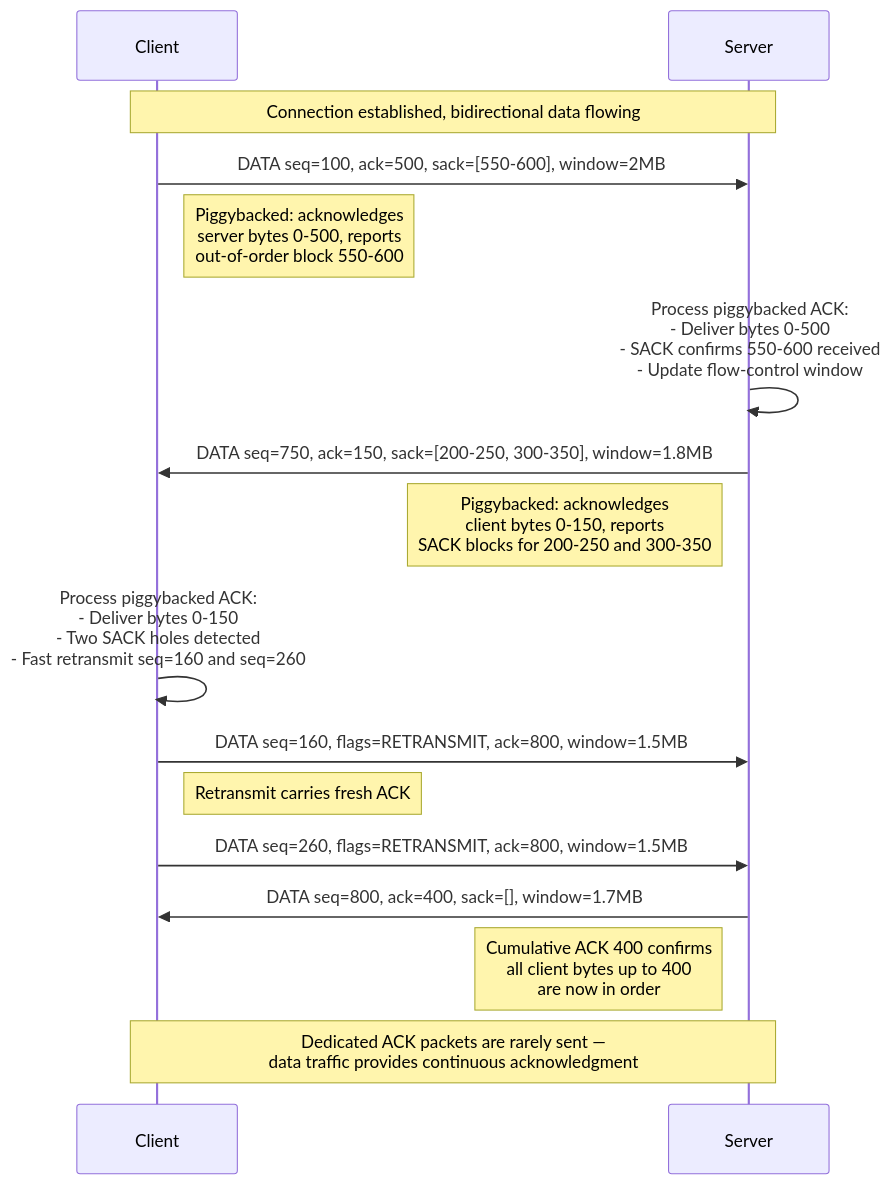
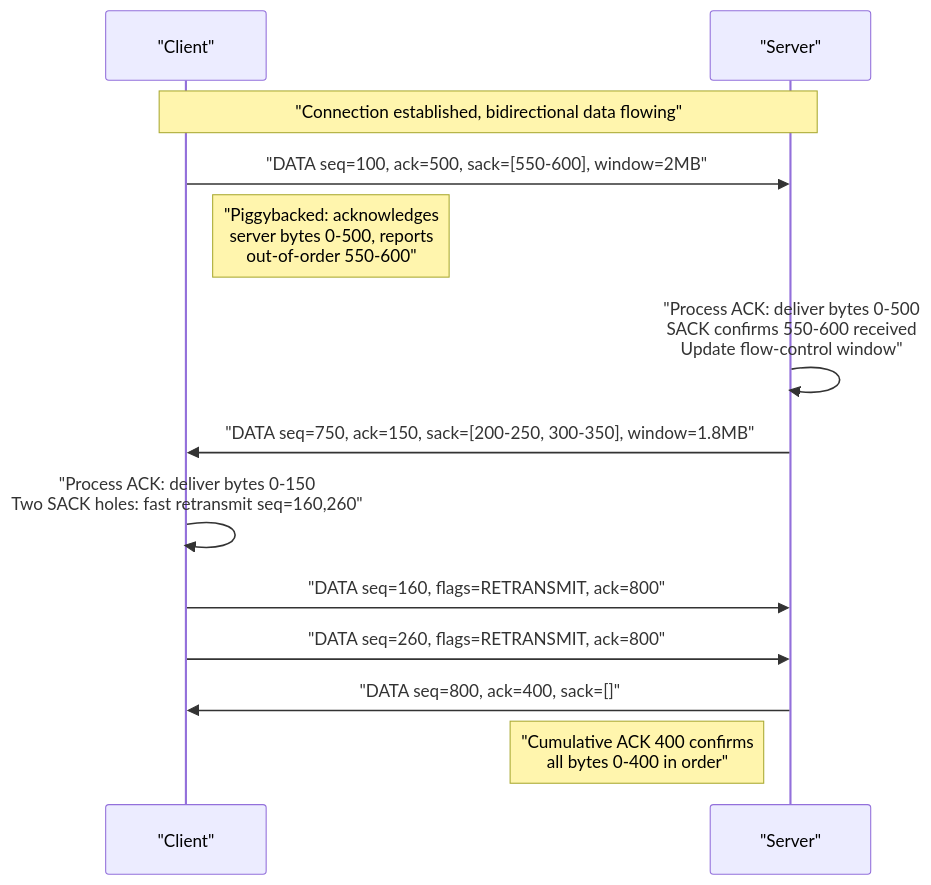
Before and after one commit to liulilittle/ucp: the fifth of 10 diagrams in README.md, drawn with Mermaid. The commit also changed other lines of this file and 43 other files, not shown here.

````diff
--- a/README.md
+++ b/README.md
@@ -373,27 +260,22 @@
 ```mermaid
 sequenceDiagram
-    participant C as Client
-    participant S as Server
-
-    Note over C,S: Connection established, bidirectional data flowing
-
-    C->>S: DATA seq=100, ack=500, sack=[550-600], window=2MB
-    Note right of C: Piggybacked: acknowledges<br/>server bytes 0-500, reports<br/>out-of-order block 550-600
-
-    S->>S: Process piggybacked ACK:<br/>- Deliver bytes 0-500<br/>- SACK confirms 550-600 received<br/>- Update flow-control window
-
-    S->>C: DATA seq=750, ack=150, sack=[200-250, 300-350], window=1.8MB
-    Note left of S: Piggybacked: acknowledges<br/>client bytes 0-150, reports<br/>SACK blocks for 200-250 and 300-350
-
-    C->>C: Process piggybacked ACK:<br/>- Deliver bytes 0-150<br/>- Two SACK holes detected<br/>- Fast retransmit seq=160 and seq=260
-
-    C->>S: DATA seq=160, flags=RETRANSMIT, ack=800, window=1.5MB
-    Note right of C: Retransmit carries fresh ACK
-
-    C->>S: DATA seq=260, flags=RETRANSMIT, ack=800, window=1.5MB
-
-    S->>C: DATA seq=800, ack=400, sack=[], window=1.7MB
-    Note left of S: Cumulative ACK 400 confirms<br/>all client bytes up to 400<br/>are now in order
-
-    Note over C,S: Dedicated ACK packets are rarely sent —<br/>data traffic provides continuous acknowledgment
+    participant C as "Client"
+    participant S as "Server"
+    
+    Note over C,S: "Connection established, bidirectional data flowing"
+    
+    C->>S: "DATA seq=100, ack=500, sack=[550-600], window=2MB"
+    Note right of C: "Piggybacked: acknowledges<br/>server bytes 0-500, reports<br/>out-of-order 550-600"
+    
+    S->>S: "Process ACK: deliver bytes 0-500<br/>SACK confirms 550-600 received<br/>Update flow-control window"
+    
+    S->>C: "DATA seq=750, ack=150, sack=[200-250, 300-350], window=1.8MB"
+    
+    C->>C: "Process ACK: deliver bytes 0-150<br/>Two SACK holes: fast retransmit seq=160,260"
+    
+    C->>S: "DATA seq=160, flags=RETRANSMIT, ack=800"
+    C->>S: "DATA seq=260, flags=RETRANSMIT, ack=800"
+    
+    S->>C: "DATA seq=800, ack=400, sack=[]"
+    Note left of S: "Cumulative ACK 400 confirms<br/>all bytes 0-400 in order"
 ```
````
